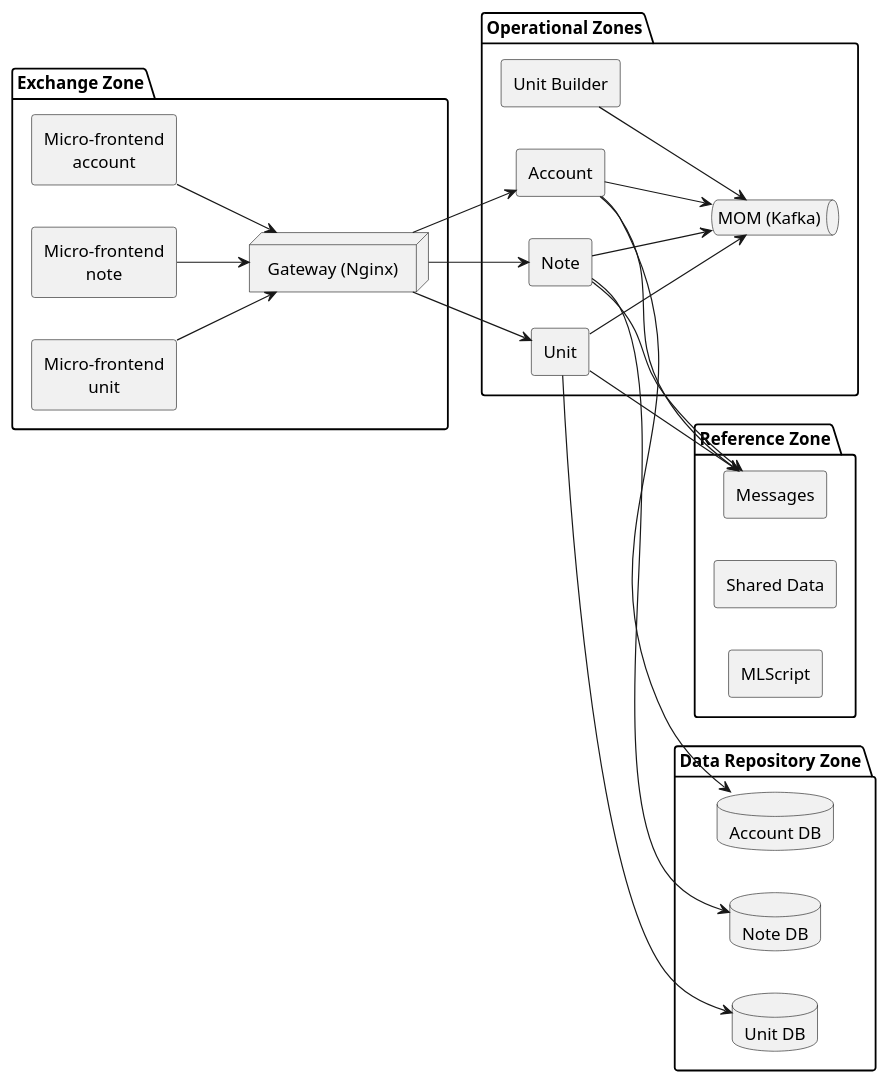
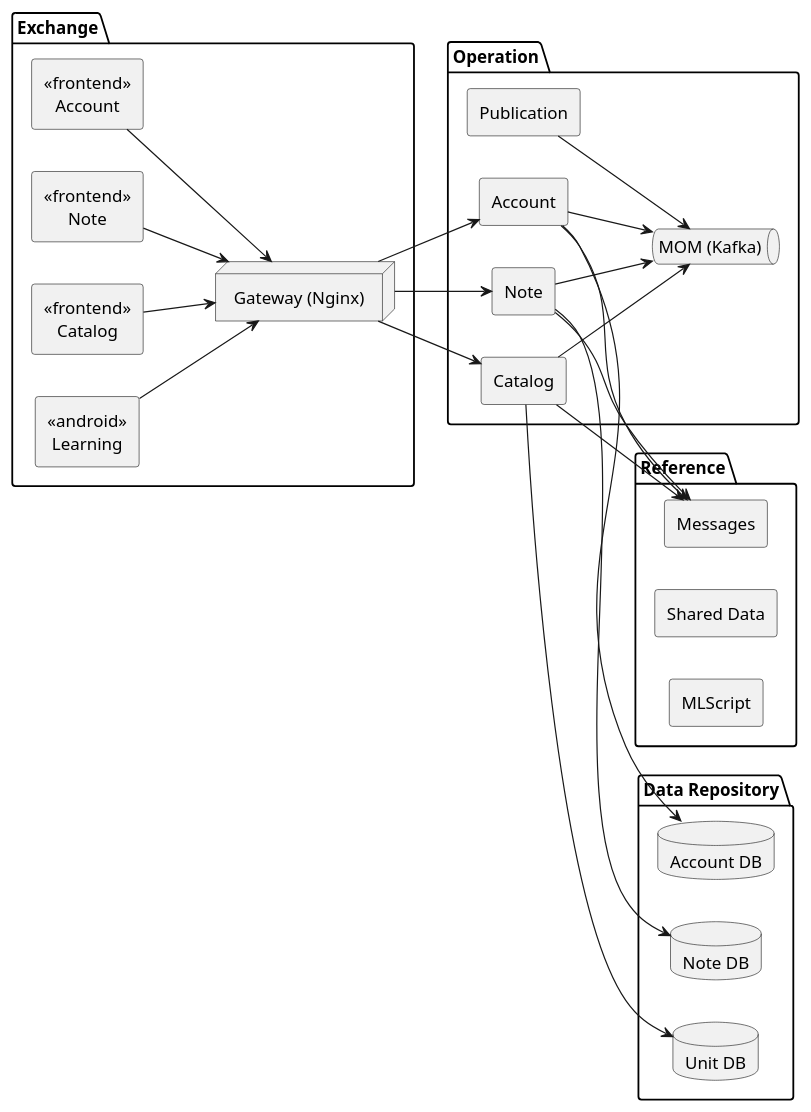
Before and after one commit to kiao-lp/kiao-lp.github.io: the second of 4 diagrams in architecture/global-architecture.md, drawn with PlantUML. The commit also changed other lines of this file and 3 other files, not shown here.

````diff
--- a/architecture/global-architecture.md
+++ b/architecture/global-architecture.md
@@ -7,65 +49,60 @@
 ```plantuml
 @startuml
 skinparam componentStyle rectangle
 skinparam defaultTextAlignment center
 left to right direction
 
-' ---- EXCHANGE ZONE (EXPOSURE) ----
-package "Exchange Zone" {
+package "Exchange" {
     node "Gateway (Nginx)" as GW
-    component "Micro-frontend\naccount" as MFCompte
-    component "Micro-frontend\nnote" as MFNote
-    component "Micro-frontend\nunit" as MFUnite
+    component "<< frontend >>\nAccount" as MFCompte
+    component "<< frontend >>\nNote" as MFNote
+    component "<< frontend >>\nCatalog" as MFCatalog
+    component "<< android >>\nLearning" as LearningAA
 
     MFCompte --> GW
     MFNote --> GW
-    MFUnite --> GW
+    MFCatalog --> GW
+    LearningAA --> GW
 }
 
-' ---- GROUPED OPERATIONAL ZONES ----
-package "Operational Zones" {
+package "Operation" {
 
     rectangle "Account" as ZCompte
     rectangle "Note" as ZNote
-    rectangle "Unit" as ZUnite
+    rectangle "Catalog" as ZCatalog
 
-    ' ---- HYBRID SERVICE ----
-    component "Unit Builder" as UnitBuilder
+    component "Publication" as Publication
 
-    ' ---- MOM between operational zones ----
     queue "MOM (Kafka)" as MOM
 
     ZCompte --> MOM
     ZNote --> MOM
-    ZUnite --> MOM
-    UnitBuilder --> MOM
+    ZCatalog --> MOM
+    Publication --> MOM
 }
 
-' ---- REFERENCE ZONE ----
-package "Reference Zone" {
+package "Reference" {
     rectangle "Messages"
     rectangle "Shared Data"
     rectangle "MLScript"
 
     ZCompte --> Messages
     ZNote --> Messages
-    ZUnite --> Messages
+    ZCatalog --> Messages
 }
 
-' ---- DATA REPOSITORY ZONE ----
-package "Data Repository Zone" {
+package "Data Repository" {
     database "Account DB"
     database "Note DB"
     database "Unit DB"
 
     ZCompte --> "Account DB"
     ZNote --> "Note DB"
-    ZUnite --> "Unit DB"
+    ZCatalog --> "Unit DB"
 }
 
-' ---- API RELATIONS ----
 GW --> ZCompte
 GW --> ZNote
-GW --> ZUnite
+GW --> ZCatalog
 @enduml
 ```
````
